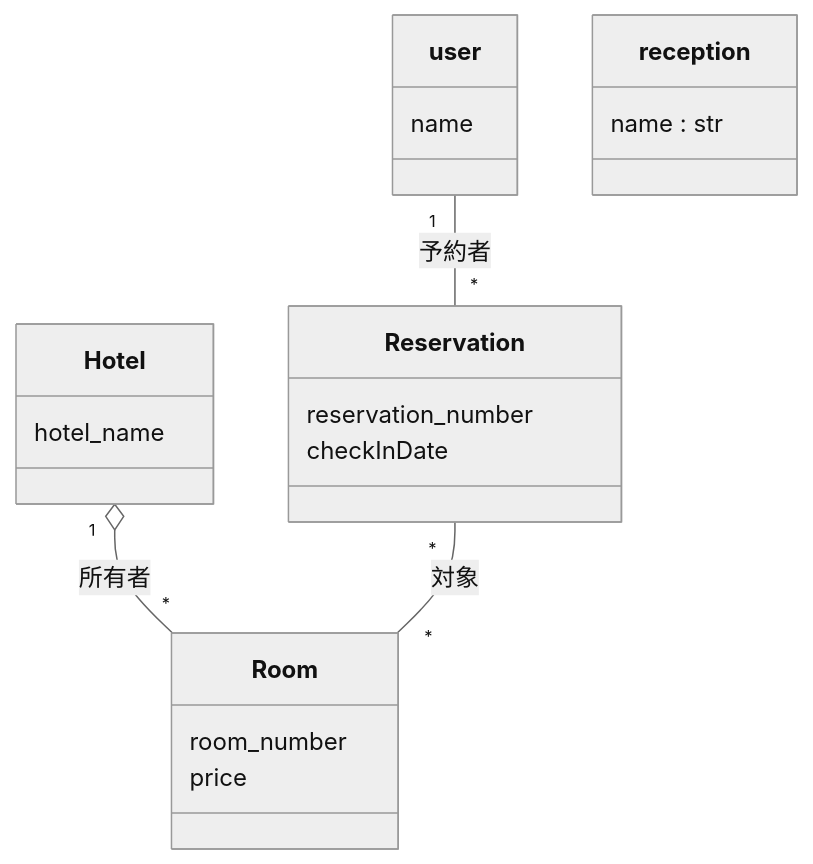
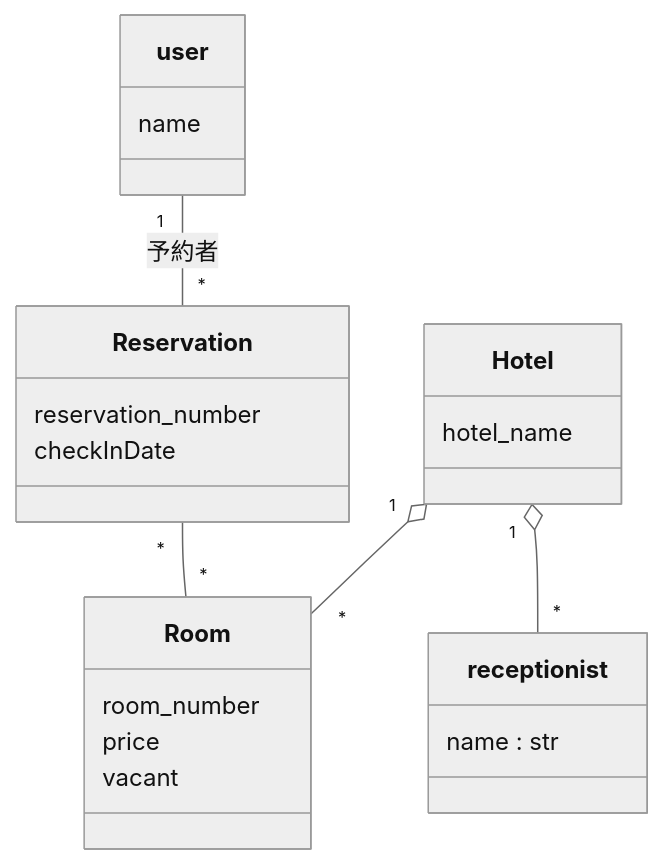
The first of 2 diagrams in Domain_Analysis.md (Kohki-tyl/HRS), drawn with Mermaid (neutral theme) before and after one commit. The commit also changed other lines of this file, not shown here.

````diff
--- a/Domain_Analysis.md
+++ b/Domain_Analysis.md
@@ -20,24 +20,26 @@
 ```mermaid
 classDiagram
     class user {
         name
     }
     class Reservation {
         reservation_number
         checkInDate
     }
     class Hotel {
         hotel_name
     }
     class Room {
         room_number
         price
+        vacant
     }
-    class reception{
+    class receptionist {
         name : str
     }
 
-    Hotel "1" o-- "*" Room : 所有者
+    Hotel "1" o-- "*" Room
+    Hotel "1" o-- "*" receptionist
     user "1" -- "*" Reservation : 予約者
-    Reservation "*" -- "*" Room : 対象
+    Reservation "*" -- "*" Room
 ```
````
